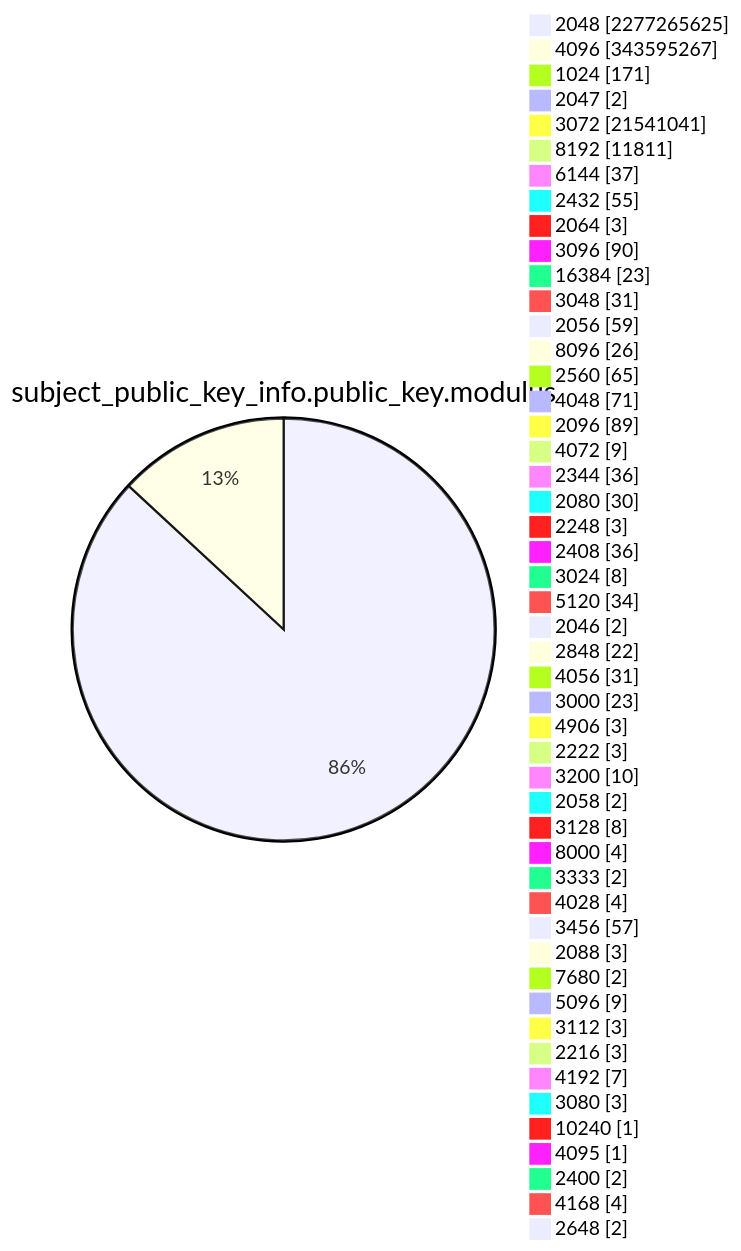
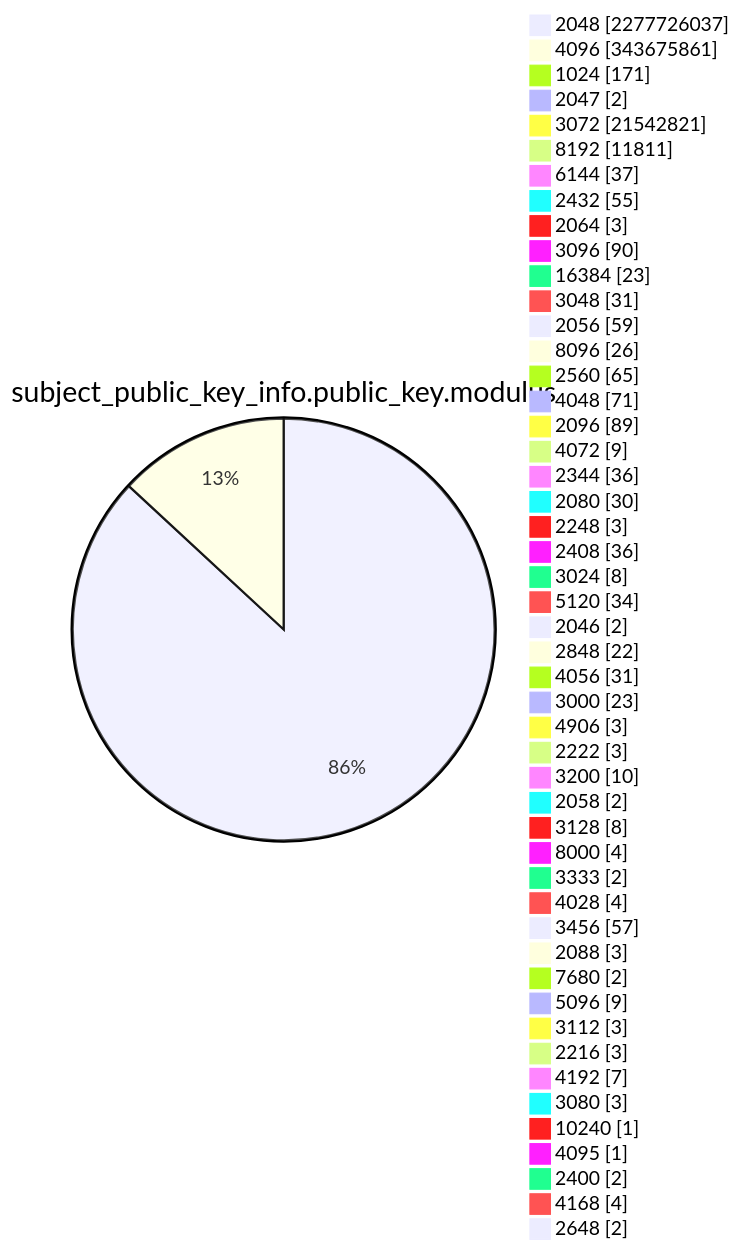
One commit to christiankrug/ctmonitor_visualization changed diagram 13 of 15 in TOTAL/README.md. Above: the diagram before and after it, drawn with Mermaid. The commit also changed other lines of this file, not shown here.

````diff
--- a/TOTAL/README.md
+++ b/TOTAL/README.md
@@ -4167,53 +4167,53 @@
 ```mermaid
 pie showData
 title subject_public_key_info.public_key.modulus
-"2048" :2277265625
-"4096" :343595267
+"2048" :2277726037
+"4096" :343675861
 "1024" :171
 "2047" :2
-"3072" :21541041
+"3072" :21542821
 "8192" :11811
 "6144" :37
 "2432" :55
 "2064" :3
 "3096" :90
 "16384" :23
 "3048" :31
 "2056" :59
 "8096" :26
 "2560" :65
 "4048" :71
 "2096" :89
 "4072" :9
 "2344" :36
 "2080" :30
 "2248" :3
 "2408" :36
 "3024" :8
 "5120" :34
 "2046" :2
 "2848" :22
 "4056" :31
 "3000" :23
 "4906" :3
 "2222" :3
 "3200" :10
 "2058" :2
 "3128" :8
 "8000" :4
 "3333" :2
 "4028" :4
 "3456" :57
 "2088" :3
 "7680" :2
 "5096" :9
 "3112" :3
 "2216" :3
 "4192" :7
 "3080" :3
 "10240" :1
 "4095" :1
 "2400" :2
 "4168" :4
 "2648" :2
 ```
````
